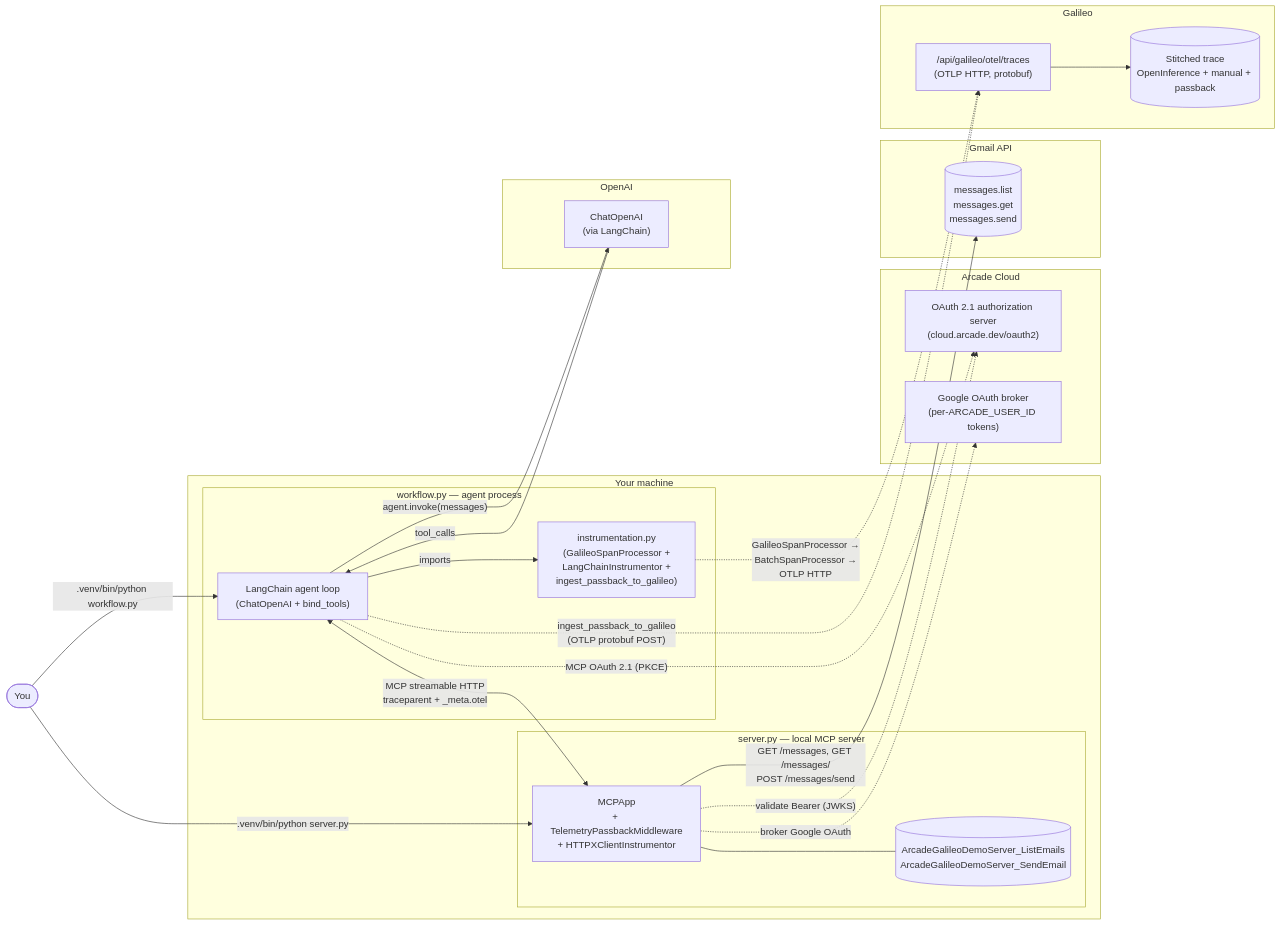
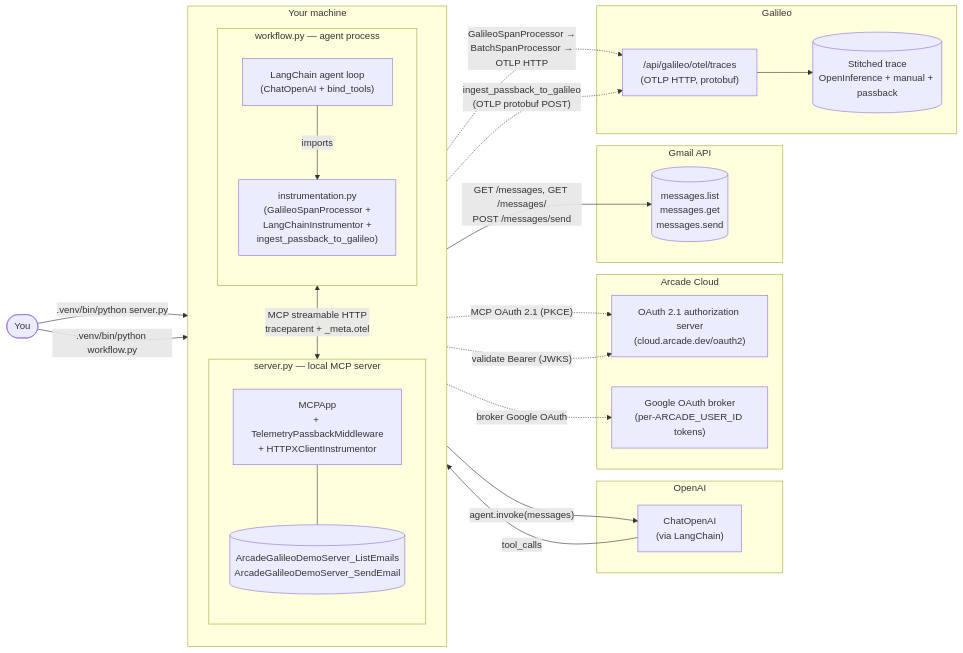
Before and after one commit to robinliubin/arcade_galileo_demo: the diagram in docs/architecture.md, drawn with Mermaid. The commit also changed other lines of this file and 12 other files, not shown here.

````diff
--- a/docs/architecture.md
+++ b/docs/architecture.md
@@ -9,51 +9,54 @@
 ```mermaid
 flowchart LR
     user([You])
 
     subgraph local [Your machine]
+        direction TB
         subgraph procA [workflow.py — agent process]
+            direction TB
             wf["LangChain agent loop<br/>(ChatOpenAI + bind_tools)"]
             ins["instrumentation.py<br/>(GalileoSpanProcessor +<br/>LangChainInstrumentor +<br/>ingest_passback_to_galileo)"]
             wf -- imports --> ins
         end
         subgraph procB [server.py — local MCP server]
+            direction TB
             srv["MCPApp<br/>+ TelemetryPassbackMiddleware<br/>+ HTTPXClientInstrumentor"]
             tools[("ArcadeGalileoDemoServer_ListEmails<br/>ArcadeGalileoDemoServer_SendEmail")]
             srv --- tools
         end
     end
 
     subgraph llm [OpenAI]
         chat["ChatOpenAI<br/>(via LangChain)"]
     end
 
     subgraph arcade [Arcade Cloud]
         oauth["OAuth 2.1 authorization server<br/>(cloud.arcade.dev/oauth2)"]
         gauth["Google OAuth broker<br/>(per-ARCADE_USER_ID tokens)"]
     end
 
     subgraph gmail [Gmail API]
         gapi[("messages.list<br/>messages.get<br/>messages.send")]
     end
 
     subgraph galileo [Galileo]
         otlp["/api/galileo/otel/traces<br/>(OTLP HTTP, protobuf)"]
         traces[("Stitched trace<br/>OpenInference + manual + passback")]
         otlp --> traces
     end
 
     user -->|".venv/bin/python server.py"| srv
     user -->|".venv/bin/python workflow.py"| wf
 
     wf -->|"agent.invoke(messages)"| chat
     chat -->|"tool_calls"| wf
 
     wf <-->|"MCP streamable HTTP<br/>traceparent + _meta.otel"| srv
     wf -.->|"MCP OAuth 2.1 (PKCE)"| oauth
     srv -.->|"validate Bearer (JWKS)"| oauth
     srv -.->|"broker Google OAuth"| gauth
     srv -->|"GET /messages, GET /messages/<id><br/>POST /messages/send"| gapi
 
     ins -.->|"GalileoSpanProcessor →<br/>BatchSpanProcessor →<br/>OTLP HTTP"| otlp
     wf -.->|"ingest_passback_to_galileo<br/>(OTLP protobuf POST)"| otlp
 ```
````
